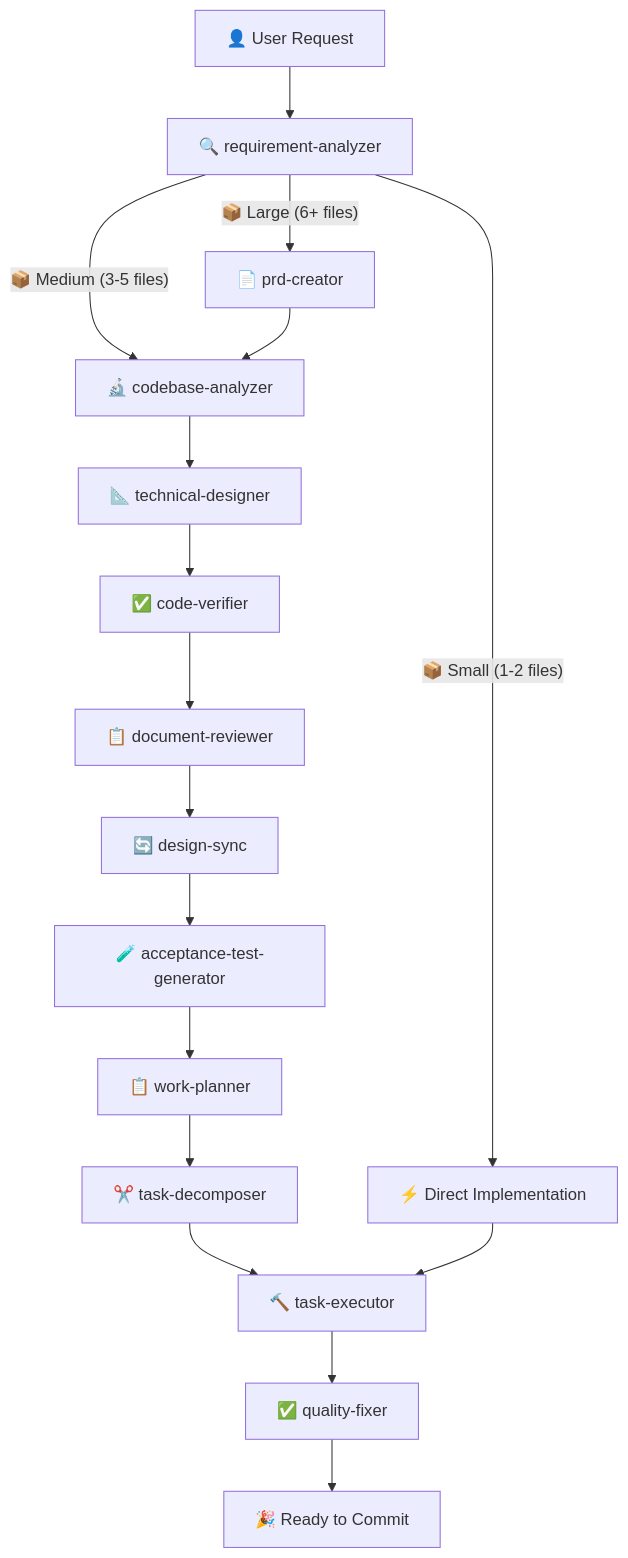
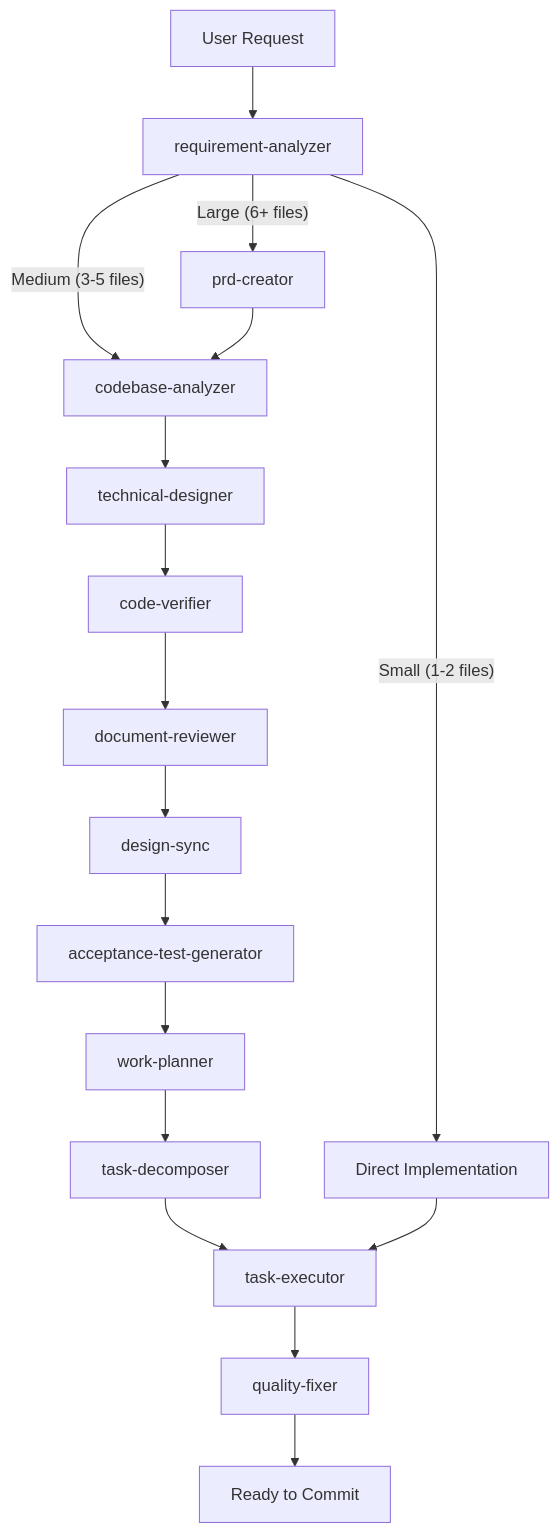
One commit to shinpr/claude-code-workflows changed the first of 3 diagrams in README.md. Above: the diagram before and after it, drawn with Mermaid. The commit also changed other lines of this file and 5 other files, not shown here.

````diff
--- a/README.md
+++ b/README.md
@@ -129,23 +111,23 @@
 ```mermaid
 graph TB
-    A[👤 User Request] --> B[🔍 requirement-analyzer]
+    A[User Request] --> B[requirement-analyzer]
 
-    B --> |"📦 Large (6+ files)"| C[📄 prd-creator]
-    B --> |"📦 Medium (3-5 files)"| CA[🔬 codebase-analyzer]
-    B --> |"📦 Small (1-2 files)"| E[⚡ Direct Implementation]
+    B --> |"Large (6+ files)"| C[prd-creator]
+    B --> |"Medium (3-5 files)"| CA[codebase-analyzer]
+    B --> |"Small (1-2 files)"| E[Direct Implementation]
 
     C --> CA
-    CA --> D[📐 technical-designer]
-    D --> CV[✅ code-verifier]
-    CV --> DR[📋 document-reviewer]
-    DR --> DS[🔄 design-sync]
-    DS --> F[🧪 acceptance-test-generator]
-    F --> G[📋 work-planner]
-    G --> H[✂️ task-decomposer]
+    CA --> D[technical-designer]
+    D --> CV[code-verifier]
+    CV --> DR[document-reviewer]
+    DR --> DS[design-sync]
+    DS --> F[acceptance-test-generator]
+    F --> G[work-planner]
+    G --> H[task-decomposer]
 
-    H --> I[🔨 task-executor]
+    H --> I[task-executor]
     E --> I
 
-    I --> J[✅ quality-fixer]
-    J --> K[🎉 Ready to Commit]
+    I --> J[quality-fixer]
+    J --> K[Ready to Commit]
 ```
````
